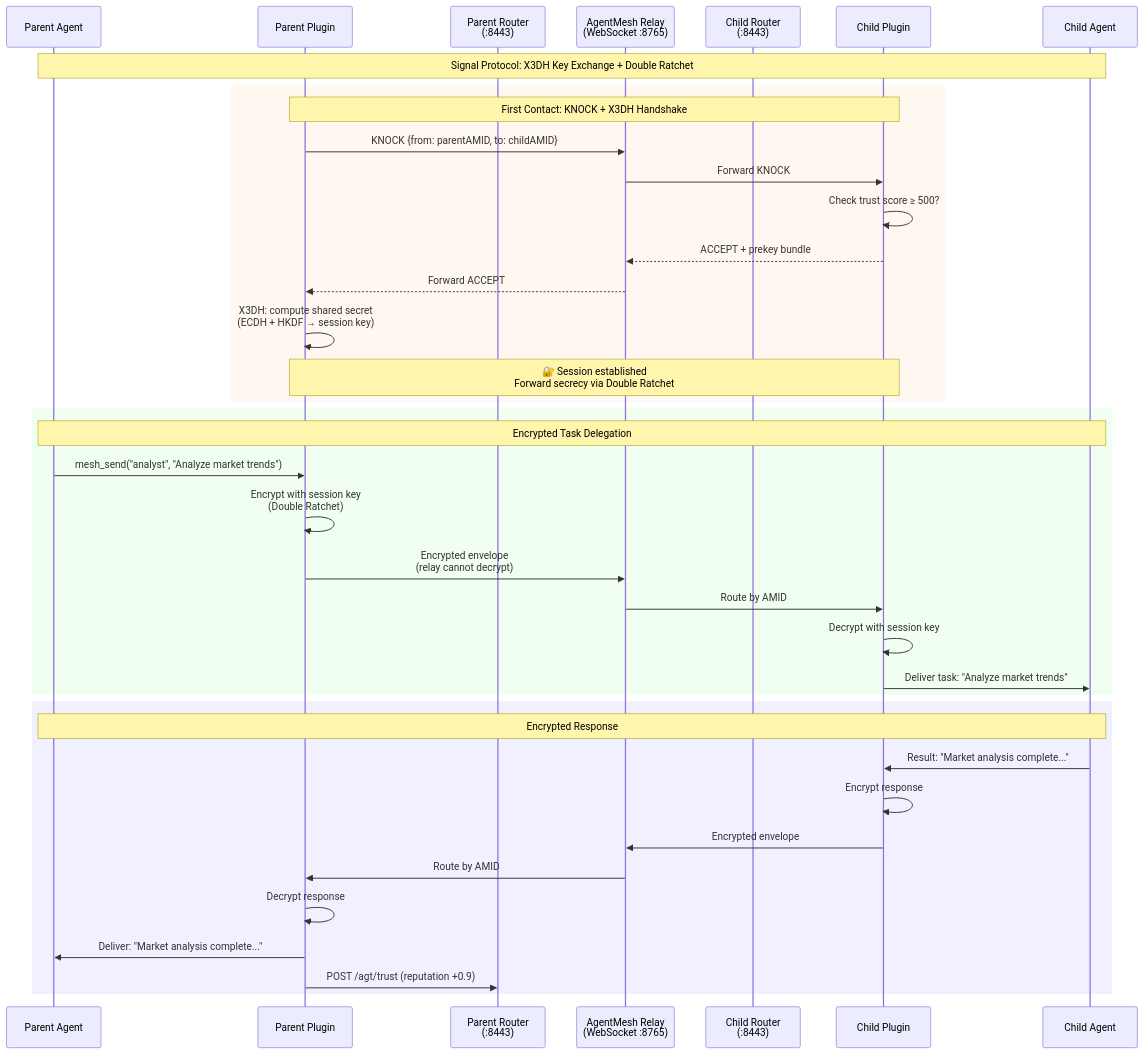
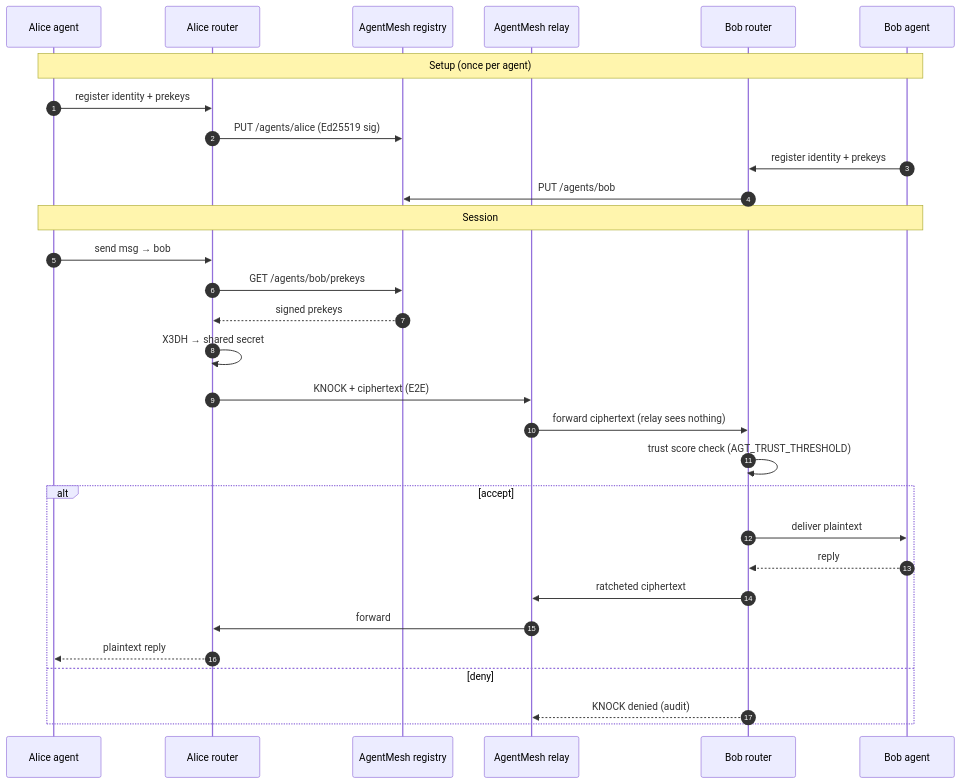
The fourth of 9 diagrams in docs/architecture-diagrams.md (Azure/kars), drawn with Mermaid before and after one commit. The commit also changed other lines of this file and 1 other file, not shown here.

First line of the commit message:
docs(revamp-C): rewrite architecture.md and architecture-diagrams.md

````diff
--- a/docs/architecture-diagrams.md
+++ b/docs/architecture-diagrams.md
@@ -291,44 +115,34 @@
 ```mermaid
 sequenceDiagram
-    participant PA as Parent Agent
-    participant PP as Parent Plugin
-    participant PR as Parent Router<br/>(:8443)
-    participant Relay as AgentMesh Relay<br/>(WebSocket :8765)
-    participant CR as Child Router<br/>(:8443)
-    participant CP as Child Plugin
-    participant CA as Child Agent
+  autonumber
+  participant A as Alice agent
+  participant Ar as Alice router
+  participant Reg as AgentMesh registry
+  participant Rel as AgentMesh relay
+  participant Br as Bob router
+  participant B as Bob agent
 
-    Note over PA,CA: Signal Protocol: X3DH Key Exchange + Double Ratchet
+  Note over A,B: Setup (once per agent)
+  A->>Ar: register identity + prekeys
+  Ar->>Reg: PUT /agents/alice (Ed25519 sig)
+  B->>Br: register identity + prekeys
+  Br->>Reg: PUT /agents/bob
 
-    rect rgb(255, 248, 240)
-        Note over PP,CP: First Contact: KNOCK + X3DH Handshake
-        PP->>Relay: KNOCK {from: parentAMID, to: childAMID}
-        Relay->>CP: Forward KNOCK
-        CP->>CP: Check trust score ≥ 500?
-        CP-->>Relay: ACCEPT + prekey bundle
-        Relay-->>PP: Forward ACCEPT
-        PP->>PP: X3DH: compute shared secret<br/>(ECDH + HKDF → session key)
-        Note over PP,CP: 🔐 Session established<br/>Forward secrecy via Double Ratchet
-    end
-
-    rect rgb(240, 255, 240)
-        Note over PA,CA: Encrypted Task Delegation
-        PA->>PP: mesh_send("analyst", "Analyze market trends")
-        PP->>PP: Encrypt with session key<br/>(Double Ratchet)
-        PP->>Relay: Encrypted envelope<br/>(relay cannot decrypt)
-        Relay->>CP: Route by AMID
-        CP->>CP: Decrypt with session key
-        CP->>CA: Deliver task: "Analyze market trends"
-    end
-
-    rect rgb(240, 240, 255)
-        Note over PA,CA: Encrypted Response
-        CA->>CP: Result: "Market analysis complete..."
-        CP->>CP: Encrypt response
-        CP->>Relay: Encrypted envelope
-        Relay->>PP: Route by AMID
-        PP->>PP: Decrypt response
-        PP->>PA: Deliver: "Market analysis complete..."
-        PP->>PR: POST /agt/trust (reputation +0.9)
-    end
+  Note over A,B: Session
+  A->>Ar: send msg → bob
+  Ar->>Reg: GET /agents/bob/prekeys
+  Reg-->>Ar: signed prekeys
+  Ar->>Ar: X3DH → shared secret
+  Ar->>Rel: KNOCK + ciphertext (E2E)
+  Rel->>Br: forward ciphertext (relay sees nothing)
+  Br->>Br: trust score check (AGT_TRUST_THRESHOLD)
+  alt accept
+    Br->>B: deliver plaintext
+    B-->>Br: reply
+    Br->>Rel: ratcheted ciphertext
+    Rel->>Ar: forward
+    Ar-->>A: plaintext reply
+  else deny
+    Br-->>Rel: KNOCK denied (audit)
+  end
 ```
````
